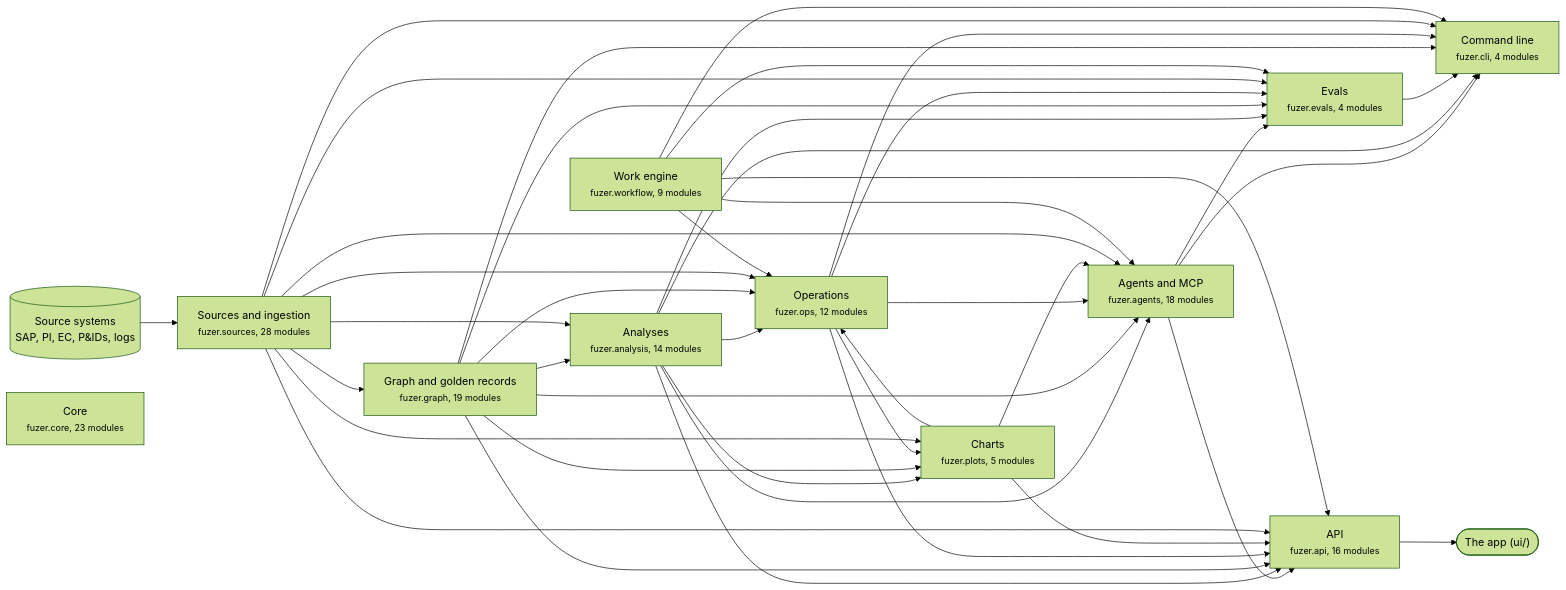
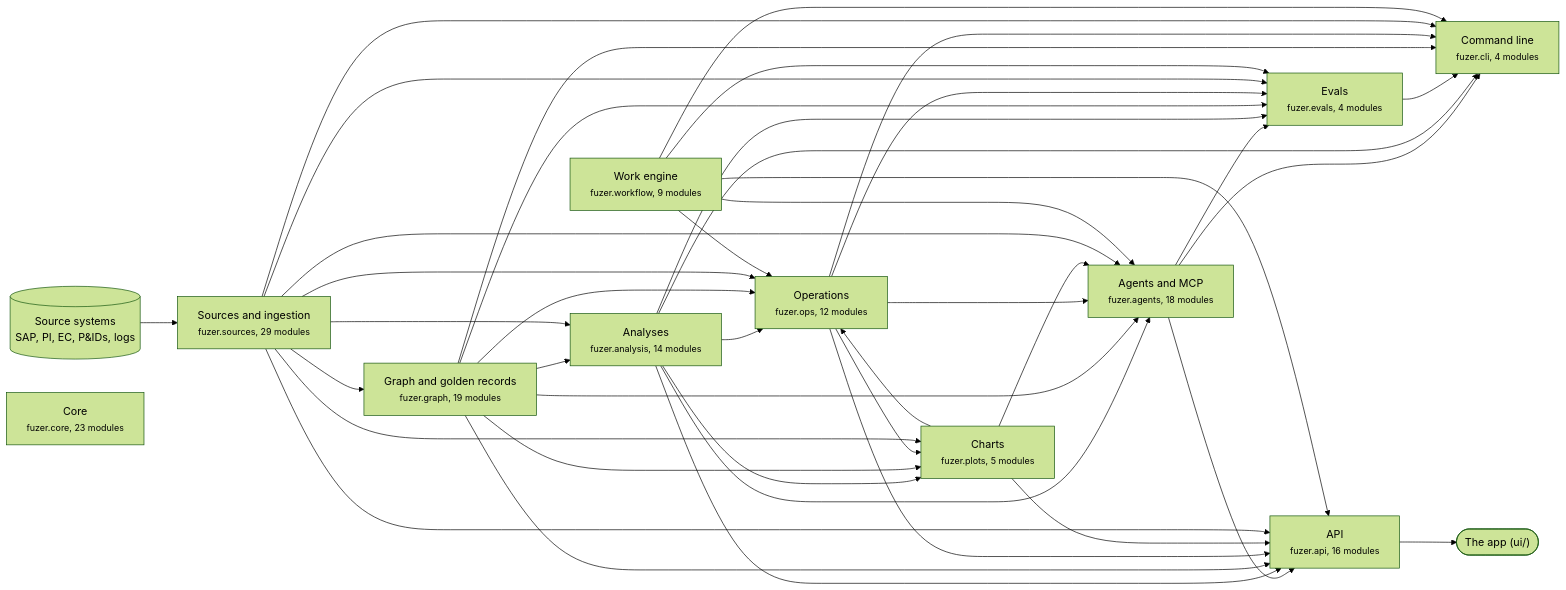
The first of 3 diagrams in docs/architecture.md (areed145/fuzer), drawn with Mermaid (forest theme) before and after one commit. The commit also changed other lines of this file and 1 other file, not shown here.

Commit message:
Regenerate the architecture and CLI reference pages for source packs
Claude-Session: https://claude.ai/code/session_01LEmc6Q56qNyZinu8MVC9b5

````diff
--- a/docs/architecture.md
+++ b/docs/architecture.md
@@ -8,66 +8,66 @@
 ```mermaid
 flowchart LR
   systems[("Source systems<br>SAP, PI, EC, P&IDs, logs")] --> c_sources
   app(["The app (ui/)"])
   c_api --> app
-  c_sources["Sources and ingestion<br><small>fuzer.sources, 28 modules</small>"]
+  c_sources["Sources and ingestion<br><small>fuzer.sources, 29 modules</small>"]
   c_graph["Graph and golden records<br><small>fuzer.graph, 19 modules</small>"]
   c_analysis["Analyses<br><small>fuzer.analysis, 14 modules</small>"]
   c_ops["Operations<br><small>fuzer.ops, 12 modules</small>"]
   c_plots["Charts<br><small>fuzer.plots, 5 modules</small>"]
   c_workflow["Work engine<br><small>fuzer.workflow, 9 modules</small>"]
   c_agents["Agents and MCP<br><small>fuzer.agents, 18 modules</small>"]
   c_evals["Evals<br><small>fuzer.evals, 4 modules</small>"]
   c_api["API<br><small>fuzer.api, 16 modules</small>"]
   c_cli["Command line<br><small>fuzer.cli, 4 modules</small>"]
   c_core["Core<br><small>fuzer.core, 23 modules</small>"]
   c_sources --> c_graph
   c_graph --> c_analysis
   c_sources --> c_analysis
   c_analysis --> c_ops
   c_graph --> c_ops
   c_plots --> c_ops
   c_sources --> c_ops
   c_workflow --> c_ops
   c_analysis --> c_plots
   c_graph --> c_plots
   c_ops --> c_plots
   c_sources --> c_plots
   c_analysis --> c_agents
   c_graph --> c_agents
   c_ops --> c_agents
   c_plots --> c_agents
   c_sources --> c_agents
   c_workflow --> c_agents
   c_agents --> c_evals
   c_analysis --> c_evals
   c_graph --> c_evals
   c_ops --> c_evals
   c_sources --> c_evals
   c_workflow --> c_evals
   c_agents --> c_api
   c_analysis --> c_api
   c_graph --> c_api
   c_ops --> c_api
   c_plots --> c_api
   c_sources --> c_api
   c_workflow --> c_api
   c_agents --> c_cli
   c_analysis --> c_cli
   c_evals --> c_cli
   c_graph --> c_cli
   c_ops --> c_cli
   c_sources --> c_cli
   c_workflow --> c_cli
   click c_sources "https://github.com/areed145/fuzer/tree/main/src/fuzer/sources"
   click c_graph "https://github.com/areed145/fuzer/tree/main/src/fuzer/graph"
   click c_analysis "https://github.com/areed145/fuzer/tree/main/src/fuzer/analysis"
   click c_ops "https://github.com/areed145/fuzer/tree/main/src/fuzer/ops"
   click c_plots "https://github.com/areed145/fuzer/tree/main/src/fuzer/plots"
   click c_workflow "https://github.com/areed145/fuzer/tree/main/src/fuzer/workflow"
   click c_agents "https://github.com/areed145/fuzer/tree/main/src/fuzer/agents"
   click c_evals "https://github.com/areed145/fuzer/tree/main/src/fuzer/evals"
   click c_api "https://github.com/areed145/fuzer/tree/main/src/fuzer/api"
   click c_cli "https://github.com/areed145/fuzer/tree/main/src/fuzer/cli"
   click c_core "https://github.com/areed145/fuzer/tree/main/src/fuzer/core"
 ```
````
